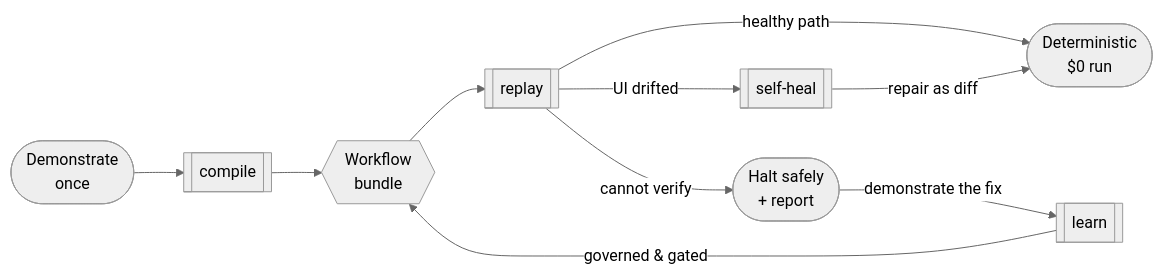
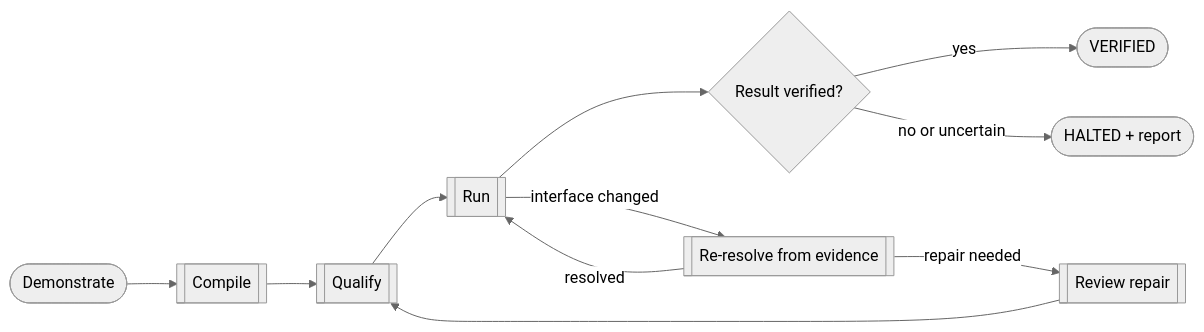
The diagram in docs/index.md (OpenAdaptAI/openadapt-ops), drawn with Mermaid (neutral theme) before and after one commit. The commit also changed other lines of this file and 7 other files, not shown here.

````diff
--- a/docs/index.md
+++ b/docs/index.md
@@ -92,12 +80,13 @@
 ```mermaid
 flowchart LR
-    A([Demonstrate<br/>once]) --> B[[compile]]
-    B --> C{{Workflow<br/>bundle}}
-    C --> D[[replay]]
-    D -->|healthy path| E([Deterministic<br/>$0 run])
-    D -->|UI drifted| F[[self-heal]]
-    F -->|repair as diff| E
-    D -->|cannot verify| G([Halt safely<br/>+ report])
-    G -->|demonstrate the fix| H[[learn]]
-    H -->|governed & gated| C
+    A([Demonstrate]) --> B[[Compile]]
+    B --> C[[Qualify]]
+    C --> D[[Run]]
+    D --> E{Result verified?}
+    E -->|yes| F([VERIFIED])
+    E -->|no or uncertain| G([HALTED + report])
+    D -->|interface changed| H[[Re-resolve from evidence]]
+    H -->|resolved| D
+    H -->|repair needed| I[[Review repair]]
+    I --> C
 ```
````
